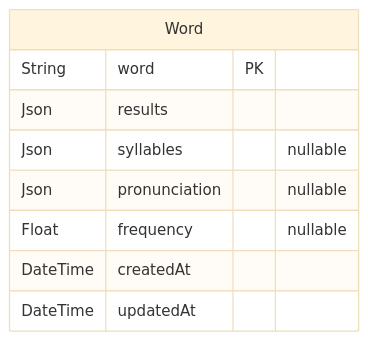
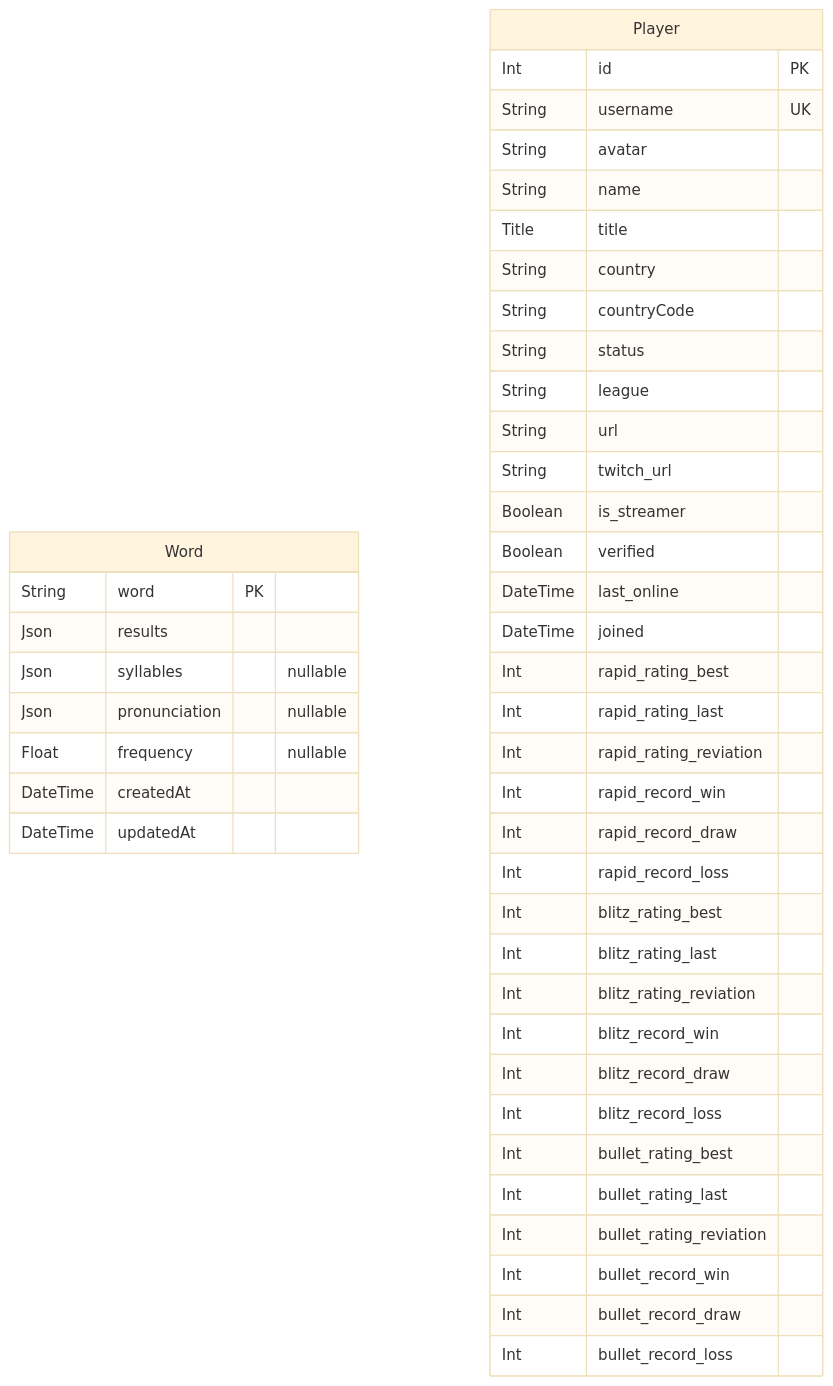
One commit to hieudoanm/hieudoanm.github.io changed the diagram in web/prisma/README.md. Above: the diagram before and after it, drawn with Mermaid (base theme). The commit also changed other lines of this file and 20 other files, not shown here.

````diff
--- a/web/prisma/README.md
+++ b/web/prisma/README.md
@@ -9,12 +9,47 @@
 ```mermaid
 erDiagram
 "Word" {
   String word PK
   Json results
   Json syllables "nullable"
   Json pronunciation "nullable"
   Float frequency "nullable"
   DateTime createdAt
   DateTime updatedAt
 }
+"Player" {
+  Int id PK
+  String username UK
+  String avatar
+  String name
+  Title title
+  String country
+  String countryCode
+  String status
+  String league
+  String url
+  String twitch_url
+  Boolean is_streamer
+  Boolean verified
+  DateTime last_online
+  DateTime joined
+  Int rapid_rating_best
+  Int rapid_rating_last
+  Int rapid_rating_reviation
+  Int rapid_record_win
+  Int rapid_record_draw
+  Int rapid_record_loss
+  Int blitz_rating_best
+  Int blitz_rating_last
+  Int blitz_rating_reviation
+  Int blitz_record_win
+  Int blitz_record_draw
+  Int blitz_record_loss
+  Int bullet_rating_best
+  Int bullet_rating_last
+  Int bullet_rating_reviation
+  Int bullet_record_win
+  Int bullet_record_draw
+  Int bullet_record_loss
+}
 ```
````
